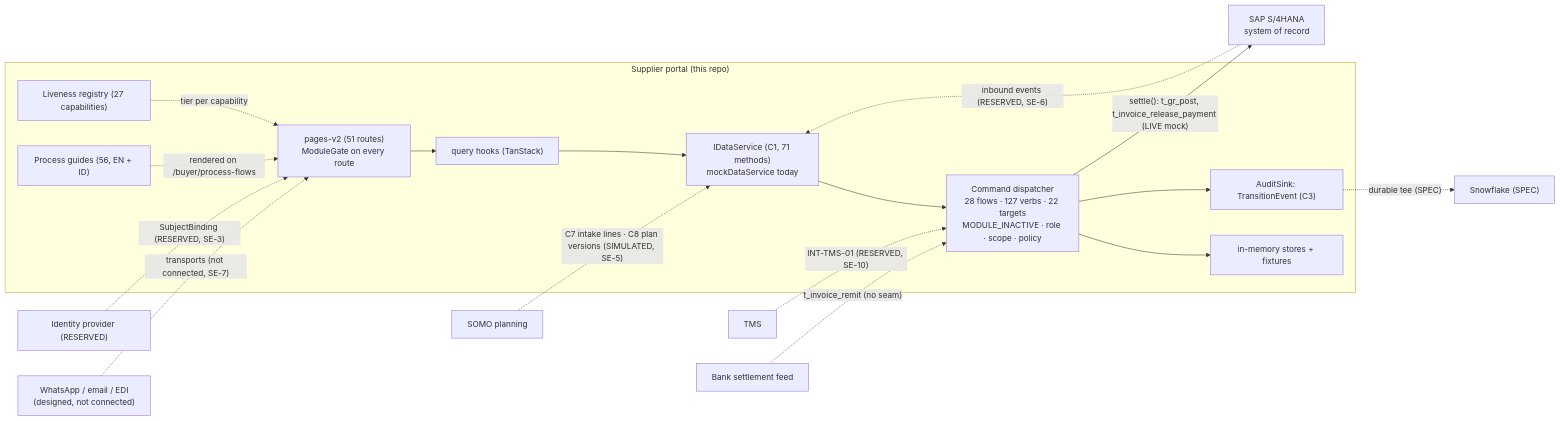
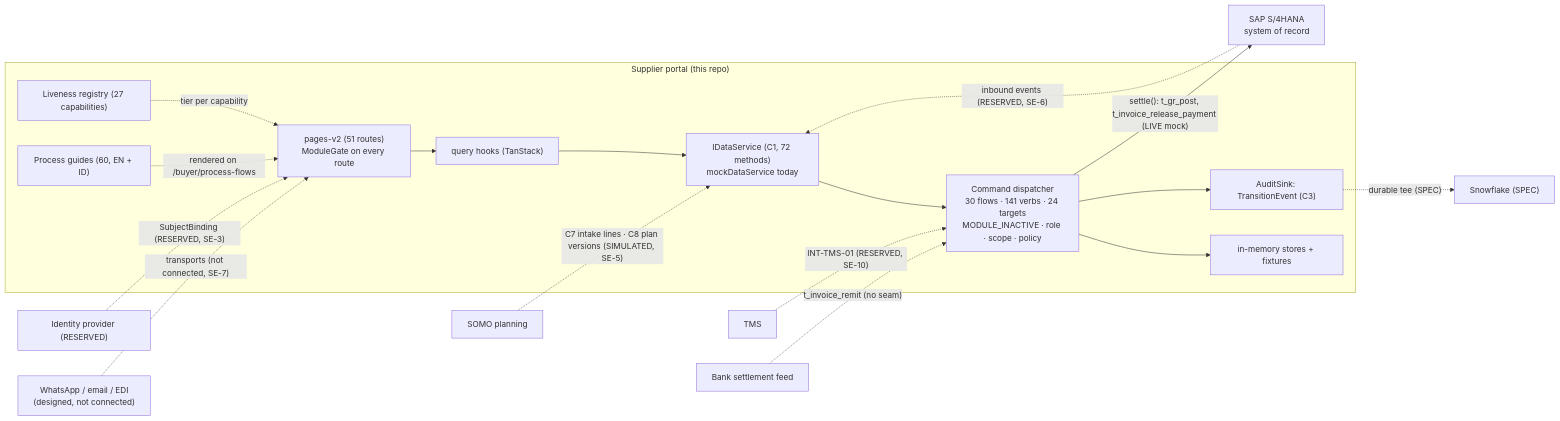
The diagram in docs/handover/D3_ARCHITECTURE.md (jcalderabarboza-star/paragon-supplier-portal), drawn with Mermaid before and after one commit. The commit also changed other lines of this file and 13 other files, not shown here.

````diff
--- a/docs/handover/D3_ARCHITECTURE.md
+++ b/docs/handover/D3_ARCHITECTURE.md
@@ -26,34 +26,34 @@
 ```mermaid
 flowchart LR
   subgraph Portal["Supplier portal (this repo)"]
     UI["pages-v2 (51 routes)\nModuleGate on every route"]
     Q["query hooks (TanStack)"]
-    DS["IDataService (C1, 71 methods)\nmockDataService today"]
-    CMD["Command dispatcher\n28 flows · 127 verbs · 22 targets\nMODULE_INACTIVE · role · scope · policy"]
+    DS["IDataService (C1, 72 methods)\nmockDataService today"]
+    CMD["Command dispatcher\n30 flows · 141 verbs · 24 targets\nMODULE_INACTIVE · role · scope · policy"]
     ST["in-memory stores + fixtures"]
     EV["AuditSink: TransitionEvent (C3)"]
     LR["Liveness registry (27 capabilities)"]
-    GD["Process guides (56, EN + ID)"]
+    GD["Process guides (60, EN + ID)"]
     UI --> Q --> DS --> CMD --> ST
     CMD --> EV
     LR -. tier per capability .-> UI
     GD -. rendered on /buyer/process-flows .-> UI
   end
 
   S4["SAP S/4HANA\nsystem of record"]
   SOMO["SOMO planning"]
   TMS["TMS"]
   SNOW["Snowflake (SPEC)"]
   IDP["Identity provider (RESERVED)"]
   MSG["WhatsApp / email / EDI\n(designed, not connected)"]
   BANK["Bank settlement feed"]
 
   CMD -- "settle(): t_gr_post, t_invoice_release_payment (LIVE mock)" --> S4
   S4 -. "inbound events (RESERVED, SE-6)" .-> DS
   SOMO -. "C7 intake lines · C8 plan versions (SIMULATED, SE-5)" .-> DS
   TMS -. "INT-TMS-01 (RESERVED, SE-10)" .-> CMD
   EV -. "durable tee (SPEC)" .-> SNOW
   IDP -. "SubjectBinding (RESERVED, SE-3)" .-> UI
   MSG -. "transports (not connected, SE-7)" .-> UI
   BANK -. "t_invoice_remit (no seam)" .-> CMD
 ```
````
